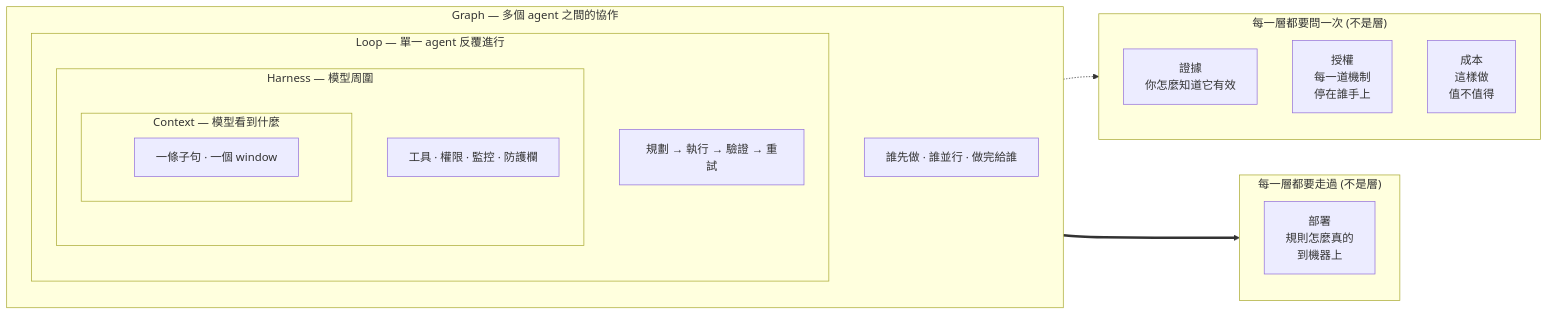
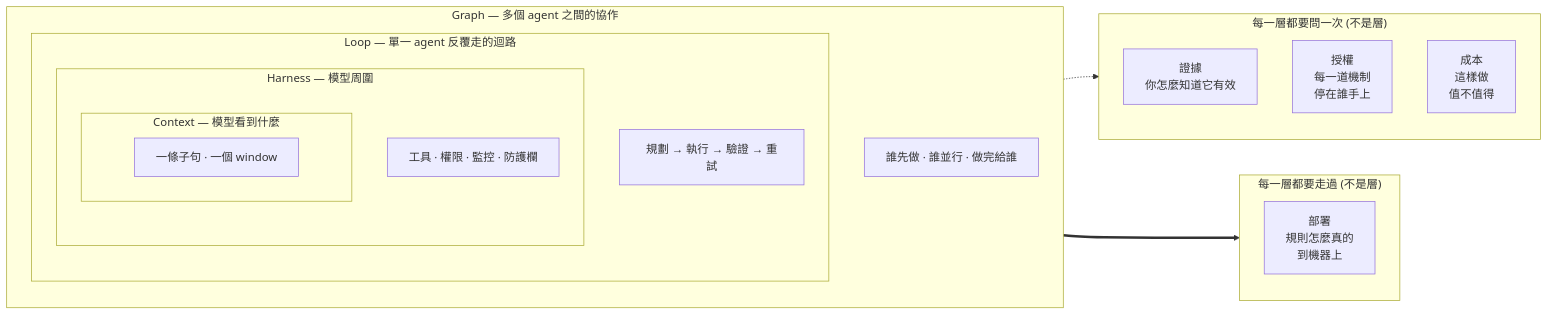
Before and after one commit to Yuhuan183/agent-harness: the second of 2 diagrams in docs/architecture/architecture.md, drawn with Mermaid. The commit also changed other lines of this file and 18 other files, not shown here.

````diff
--- a/docs/architecture/architecture.md
+++ b/docs/architecture/architecture.md
@@ -92,29 +92,29 @@
 ```mermaid
 flowchart LR
     subgraph G["Graph — 多個 agent 之間的協作"]
         direction TB
         gg["誰先做 · 誰並行 · 做完給誰"]
-        subgraph L["Loop — 單一 agent 反覆進行"]
+        subgraph L["Loop — 單一 agent 反覆走的迴路"]
             direction TB
             ll["規劃 → 執行 → 驗證 → 重試"]
             subgraph H["Harness — 模型周圍"]
                 direction TB
                 hh["工具 · 權限 · 監控 · 防護欄"]
                 subgraph C["Context — 模型看到什麼"]
                     cc["一條子句 · 一個 window"]
                 end
             end
         end
     end
     subgraph Q["每一層都要問一次 (不是層)"]
         direction TB
         ev["證據<br/>你怎麼知道它有效"]
         au["授權<br/>每一道機制<br/>停在誰手上"]
         ct["成本<br/>這樣做<br/>值不值得"]
     end
     subgraph P["每一層都要走過 (不是層)"]
         dp["部署<br/>規則怎麼真的<br/>到機器上"]
     end
     G -.-> Q
     G ==> P
 ```
````
